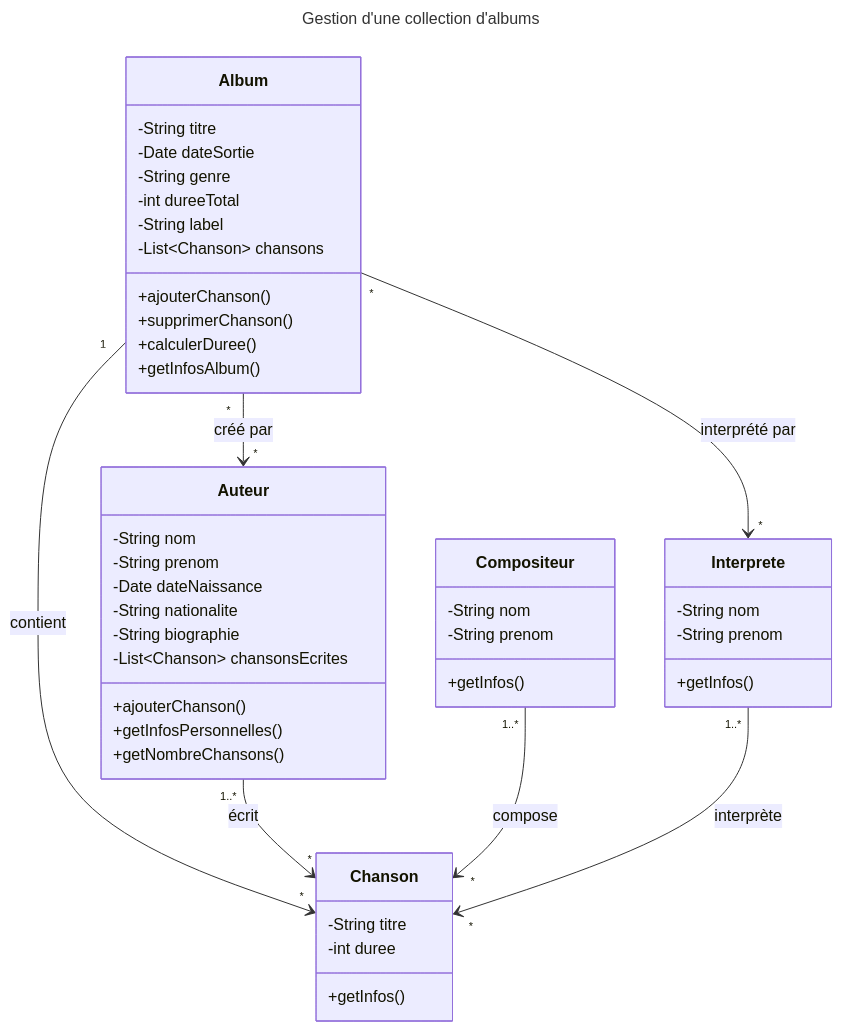
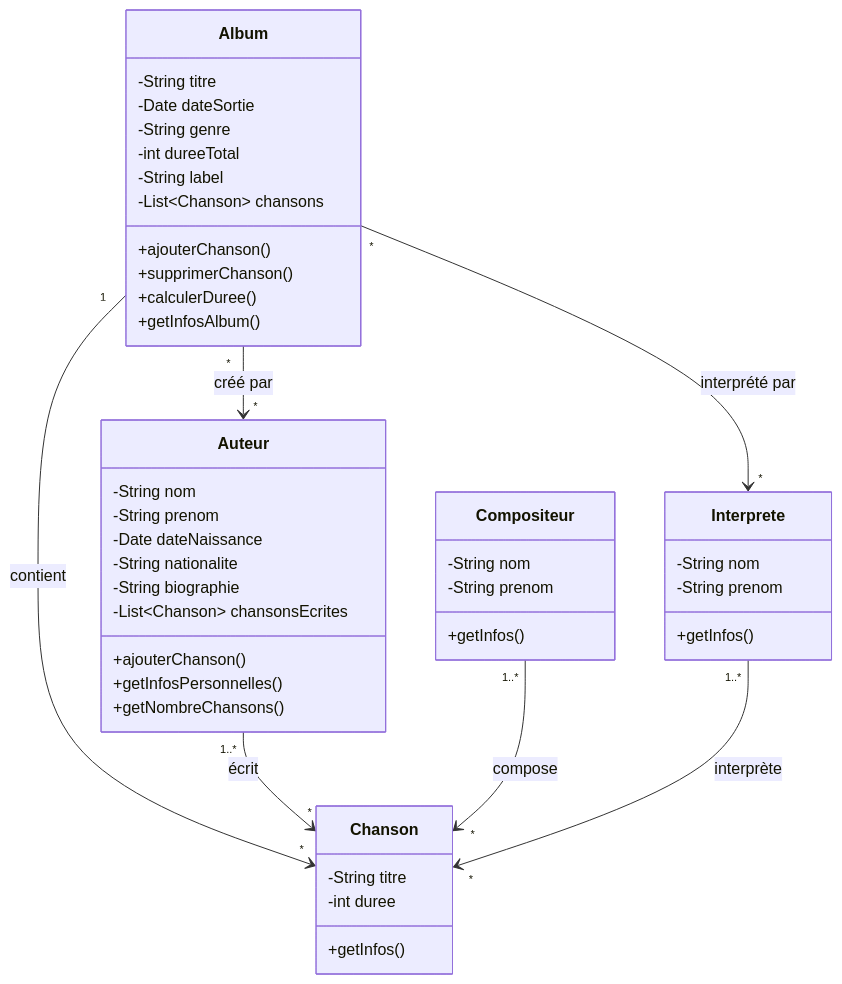
One commit to Benoit-L-Meritis/docusaurus-tutorial changed the diagram in docs/tools/CRC_Cards.md. Above: the diagram before and after it, drawn with Mermaid. The commit also changed other lines of this file and 14 other files, not shown here.

````diff
--- a/docs/tools/CRC_Cards.md
+++ b/docs/tools/CRC_Cards.md
@@ -53,50 +51,47 @@
 ```mermaid
----
-title: Gestion d'une collection d'albums
----
 classDiagram
-	class Album {
-		-String titre
-		-Date dateSortie
-		-String genre
-		-int dureeTotal
-		-String label
-		-List~Chanson~ chansons
-		+ajouterChanson()
-		+supprimerChanson()
-		+calculerDuree()
-		+getInfosAlbum()
-	}
-	class Auteur {
-		-String nom
-		-String prenom
-		-Date dateNaissance
-		-String nationalite
-		-String biographie
-		-List~Chanson~ chansonsEcrites
-		+ajouterChanson()
-		+getInfosPersonnelles()
-		+getNombreChansons()
-	} 
-	class Chanson { 
-		-String titre
-		-int duree
-		+getInfos()
-	}
-	class Compositeur { 
-	   -String nom
-	   -String prenom
-	   +getInfos()
-	}
-	class Interprete {
-		-String nom
-		-String prenom
-		+getInfos()
-	}
-	Album "1" --> "*" Chanson : contient
-	Auteur "1..*" --> "*" Chanson : écrit
-	Compositeur "1..*" --> "*" Chanson : compose
-	Interprete "1..*" --> "*" Chanson : interprète
-	Album "*" --> "*" Auteur : créé par 
-	Album "*" --> "*" Interprete : interprété par
+ class Album {
+  -String titre
+  -Date dateSortie
+  -String genre
+  -int dureeTotal
+  -String label
+  -List~Chanson~ chansons
+  +ajouterChanson()
+  +supprimerChanson()
+  +calculerDuree()
+  +getInfosAlbum()
+ }
+ class Auteur {
+  -String nom
+  -String prenom
+  -Date dateNaissance
+  -String nationalite
+  -String biographie
+  -List~Chanson~ chansonsEcrites
+  +ajouterChanson()
+  +getInfosPersonnelles()
+  +getNombreChansons()
+ } 
+ class Chanson { 
+  -String titre
+  -int duree
+  +getInfos()
+ }
+ class Compositeur { 
+    -String nom
+    -String prenom
+    +getInfos()
+ }
+ class Interprete {
+  -String nom
+  -String prenom
+  +getInfos()
+ }
+ Album "1" --> "*" Chanson : contient
+ Auteur "1..*" --> "*" Chanson : écrit
+ Compositeur "1..*" --> "*" Chanson : compose
+ Interprete "1..*" --> "*" Chanson : interprète
+ Album "*" --> "*" Auteur : créé par 
+ Album "*" --> "*" Interprete : interprété par
 ```
````
